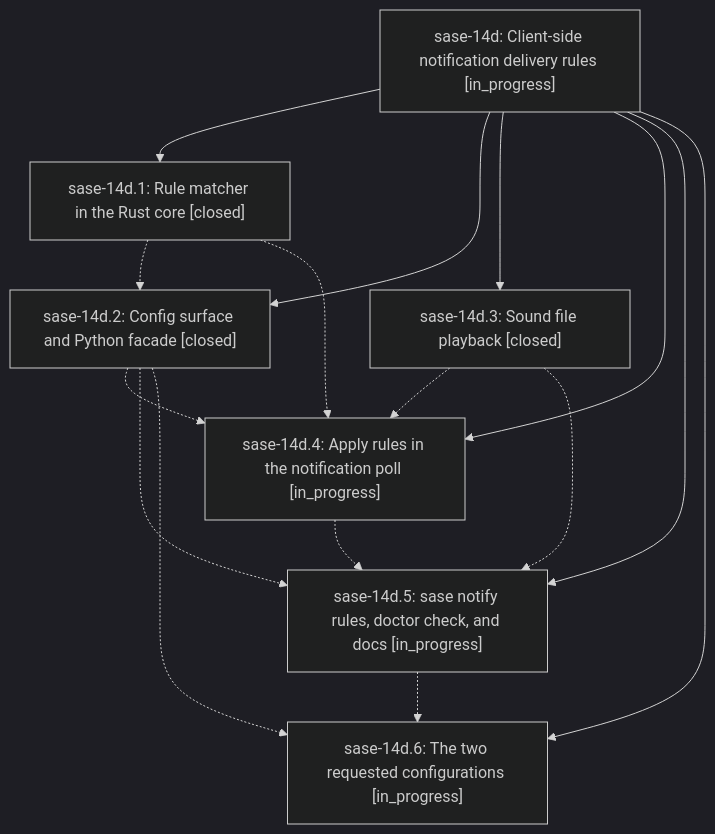
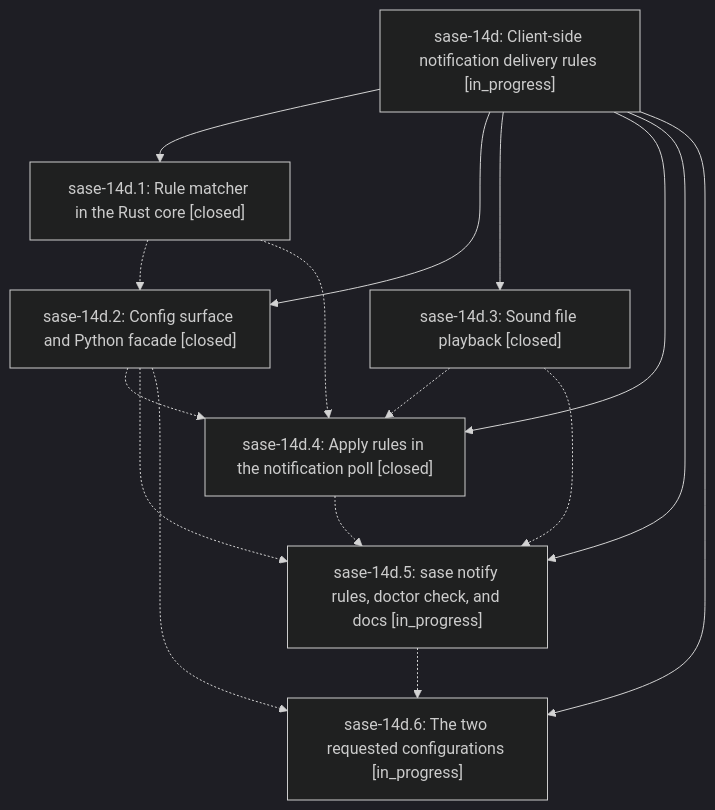
One commit to sase-org/sase--beads changed the diagram in pages/sase-14d/README.md. Above: the diagram before and after it, drawn with Mermaid (dark theme). The commit also changed other lines of this file and 5 other files, not shown here.

````diff
--- a/pages/sase-14d/README.md
+++ b/pages/sase-14d/README.md
@@ -39,25 +39,25 @@
 ```mermaid
 flowchart TD
     n0["sase-14d: Client-side notification delivery rules [in_progress]"]
     n1["sase-14d.1: Rule matcher in the Rust core [closed]"]
     n2["sase-14d.2: Config surface and Python facade [closed]"]
     n3["sase-14d.3: Sound file playback [closed]"]
-    n4["sase-14d.4: Apply rules in the notification poll [in_progress]"]
+    n4["sase-14d.4: Apply rules in the notification poll [closed]"]
     n5["sase-14d.5: sase notify rules, doctor check, and docs [in_progress]"]
     n6["sase-14d.6: The two requested configurations [in_progress]"]
     n0 --> n1
     n0 --> n2
     n0 --> n3
     n0 --> n4
     n0 --> n5
     n0 --> n6
     n1 -.-> n2
     n1 -.-> n4
     n2 -.-> n4
     n2 -.-> n5
     n2 -.-> n6
     n3 -.-> n4
     n3 -.-> n5
     n4 -.-> n5
     n5 -.-> n6
 ```
````
